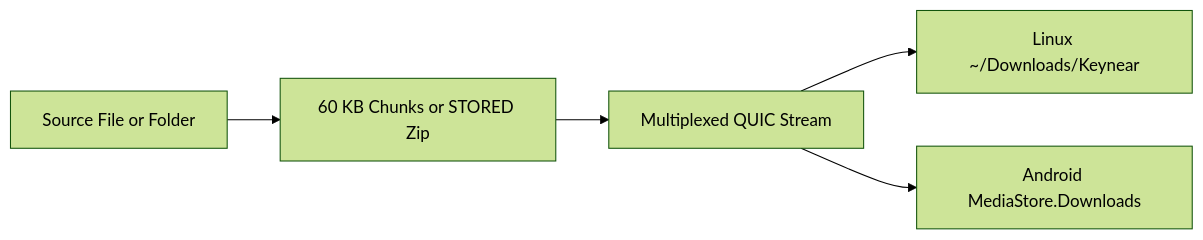
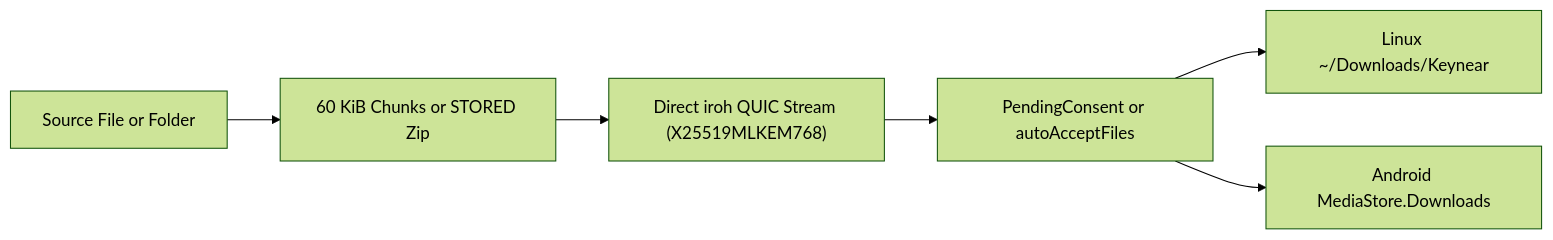
One commit to hydrafog/keynear changed the diagram in docs/features/file-sharing.md. Above: the diagram before and after it, drawn with Mermaid (forest theme). The commit also changed other lines of this file and 7 other files, not shown here.

````diff
--- a/docs/features/file-sharing.md
+++ b/docs/features/file-sharing.md
@@ -7,7 +7,8 @@
 ```mermaid
 flowchart LR
-  src["Source File or Folder"] --> chunk["60 KB Chunks or STORED Zip"]
-  chunk --> quic["Multiplexed QUIC Stream"]
-  quic --> linuxDst["Linux ~/Downloads/Keynear"]
-  quic --> androidDst["Android MediaStore.Downloads"]
+  src["Source File or Folder"] --> chunk["60 KiB Chunks or STORED Zip"]
+  chunk --> quic["Direct iroh QUIC Stream (X25519MLKEM768)"]
+  quic --> consent["PendingConsent or autoAcceptFiles"]
+  consent --> linuxDst["Linux ~/Downloads/Keynear"]
+  consent --> androidDst["Android MediaStore.Downloads"]
 ```
````
